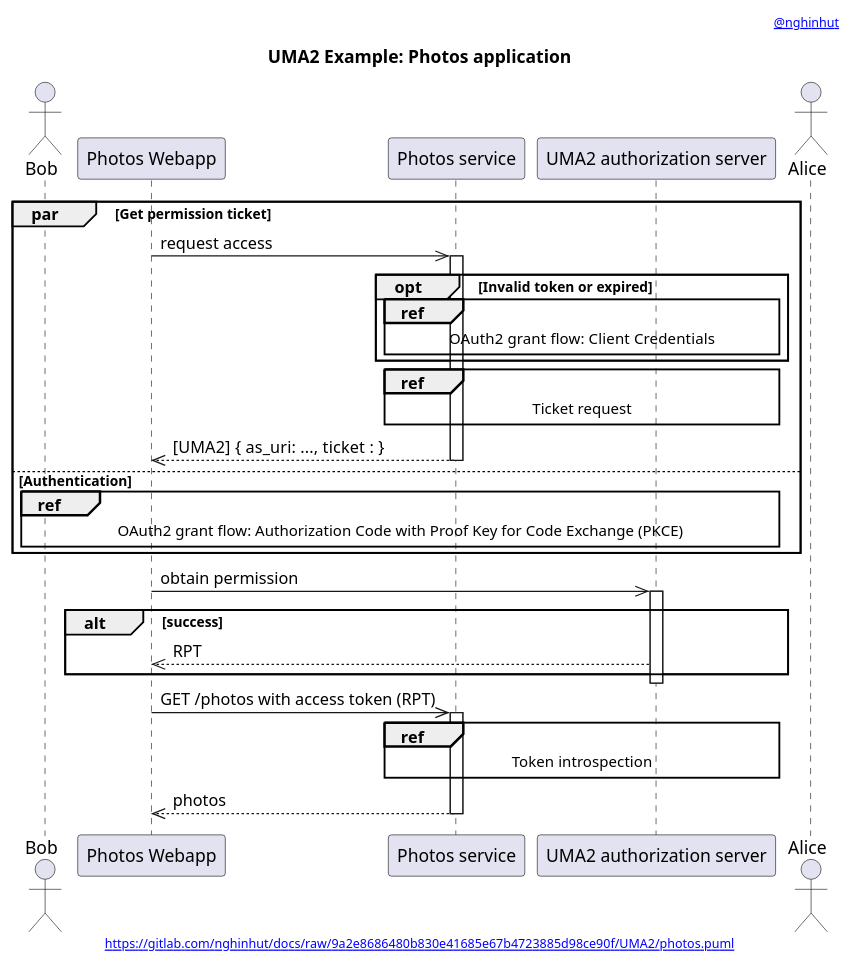
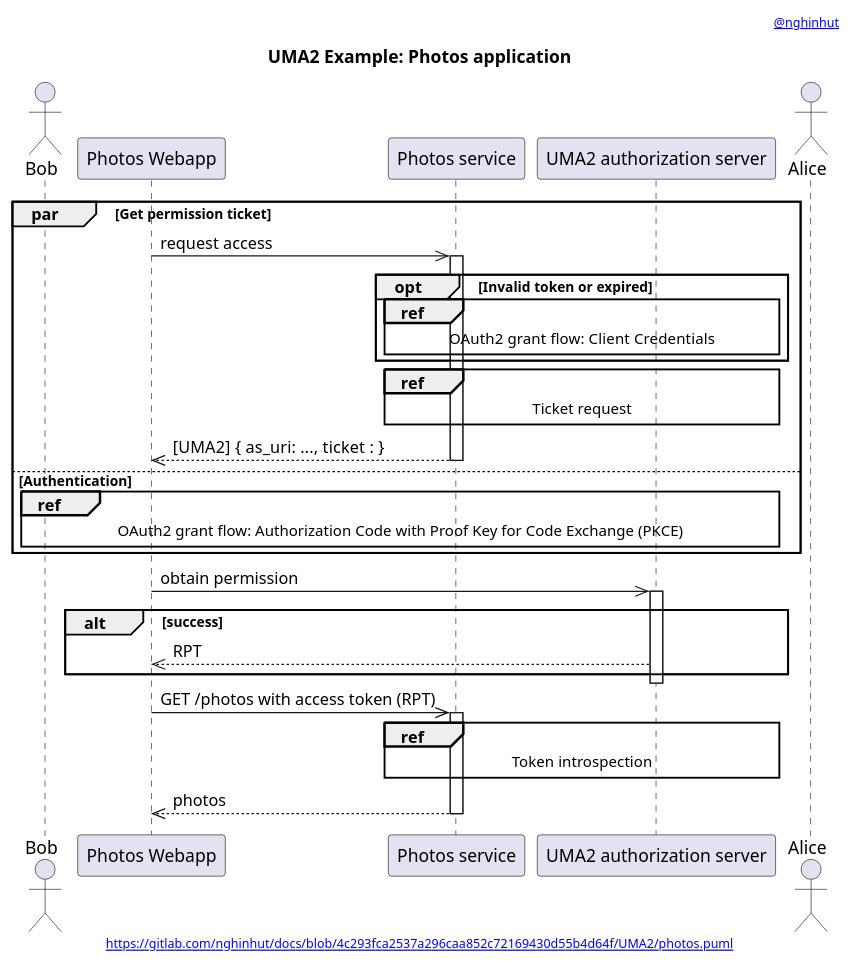
Before and after one commit to nghinhut/docs: the diagram in UMA2/photos.apps.puml, drawn with PlantUML. The commit also changed 18 other files, not shown here.

Commit message:
Update diagrams

```diff
--- a/UMA2/photos.apps.puml
+++ b/UMA2/photos.apps.puml
@@ -1,43 +1,43 @@
 @startuml
 '-----START auto generated metadata please keep comment here to allow auto update-----
 '-----DON'T EDIT THIS SECTION, INSTEAD RE-RUN prebuild.sh TO UPDATE-----
 header [[mailto:nghinhut@gmail.com @nghinhut]]
-footer [[https://gitlab.com/nghinhut/docs/raw/9a2e8686480b830e41685e67b4723885d98ce90f/UMA2/photos.puml]]
+footer [[https://gitlab.com/nghinhut/docs/blob/4c293fca2537a296caa852c72169430d55b4d64f/UMA2/photos.puml]]
 '-----END auto generated metadata please keep comment here to allow auto update-----
 title UMA2 Example: Photos application
 
 actor "Bob" as rp
 participant "Photos Webapp" as client
 participant "Photos service" as rs
 participant "UMA2 authorization server" as as
 actor "Alice" as ro
 
 par Get permission ticket
     client ->> rs : request access
     activate rs
 
     opt Invalid token or expired
         ref over rs, as : OAuth2 grant flow: Client  Credentials
     end
 
     ref over rs, as : Ticket request
 
     client <<-- rs : [UMA2] { as_uri: ...,  ticket : }
     deactivate rs
 else Authentication
     ref over rp, as : OAuth2 grant flow: Authorization Code with Proof Key for Code Exchange (PKCE)
 end
 
 client ->> as : obtain permission
 activate as
 alt success
 client <<-- as : RPT
 end
 deactivate as
 
 client ->> rs : GET /photos with access token (RPT)
 activate rs
 ref over rs, as : Token introspection
 client <<-- rs : photos
 deactivate rs
 @enduml
```
